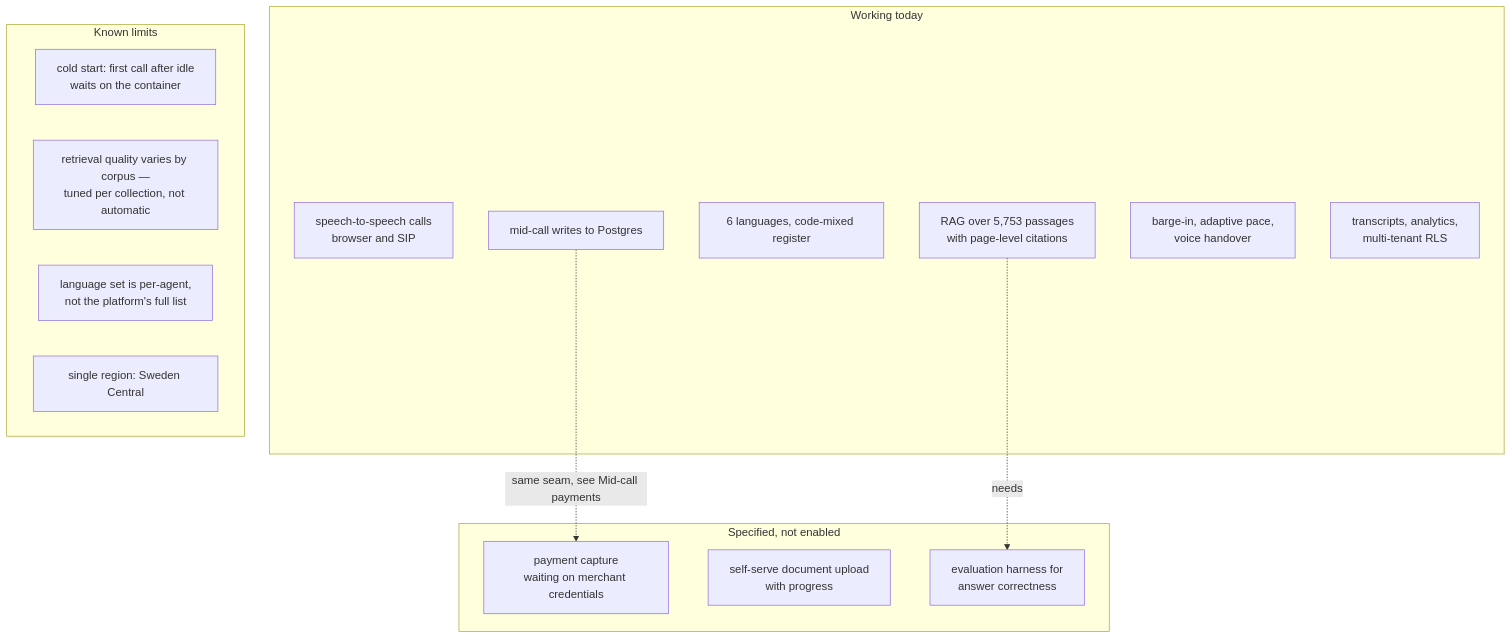
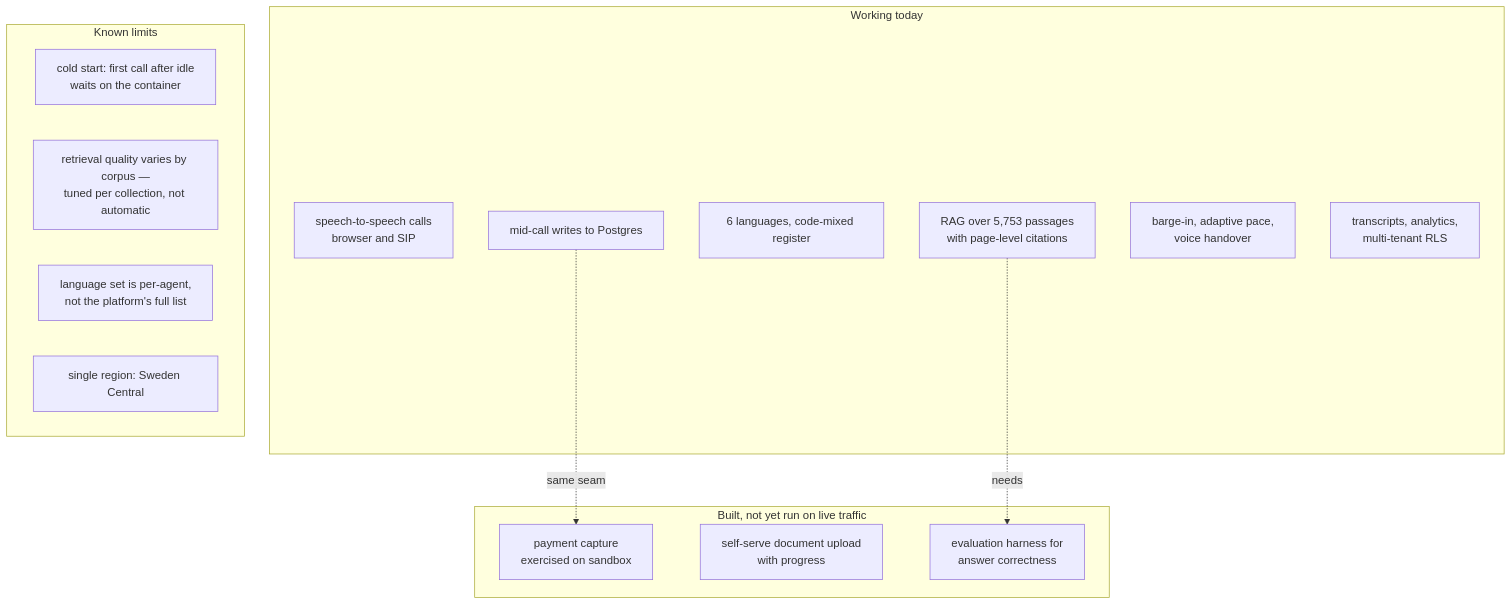
Before and after one commit to imarnv/Appello: the seventh of 7 diagrams in README.md, drawn with Mermaid. The commit also changed other lines of this file and 10 other files, not shown here.

````diff
--- a/README.md
+++ b/README.md
@@ -346,27 +356,27 @@
 ```mermaid
 flowchart TB
     subgraph Live["Working today"]
         L1["speech-to-speech calls<br/>browser and SIP"]
         L2["RAG over 5,753 passages<br/>with page-level citations"]
         L3["6 languages, code-mixed register"]
         L4["mid-call writes to Postgres"]
         L5["barge-in, adaptive pace,<br/>voice handover"]
         L6["transcripts, analytics,<br/>multi-tenant RLS"]
     end
 
-    subgraph Gap["Specified, not enabled"]
-        G1["payment capture<br/>waiting on merchant credentials"]
+    subgraph Gap["Built, not yet run on live traffic"]
+        G1["payment capture<br/>exercised on sandbox"]
         G2["self-serve document upload<br/>with progress"]
         G3["evaluation harness for<br/>answer correctness"]
     end
 
     subgraph Known["Known limits"]
         K1["cold start: first call after idle<br/>waits on the container"]
         K2["retrieval quality varies by corpus —<br/>tuned per collection, not automatic"]
         K3["language set is per-agent,<br/>not the platform's full list"]
         K4["single region: Sweden Central"]
     end
 
-    L4 -.->|"same seam, see Mid-call payments"| G1
+    L4 -.->|"same seam"| G1
     L2 -.->|"needs"| G3
 ```
````
